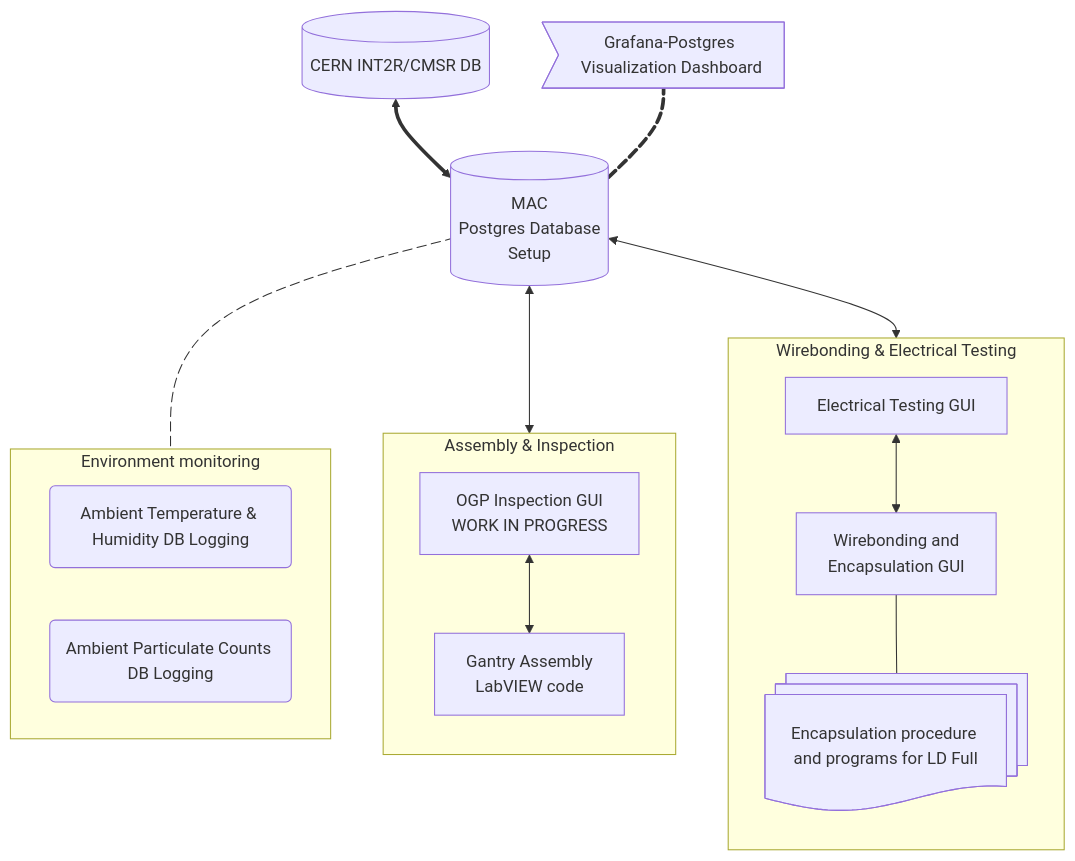
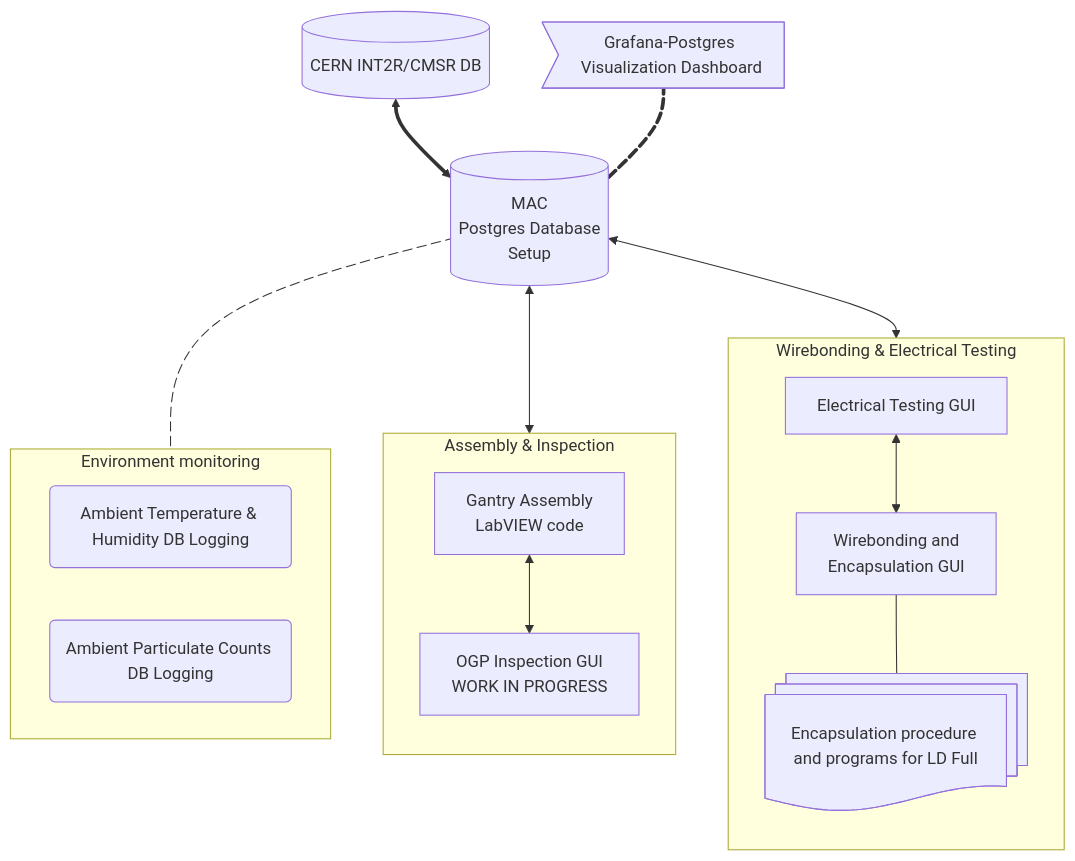
One commit to cmu-hgc-mac/.github changed the diagram in profile/README.md. Above: the diagram before and after it, drawn with Mermaid.

````diff
--- a/profile/README.md
+++ b/profile/README.md
@@ -5,42 +5,42 @@
 ```mermaid
 graph TD
     
     subgraph AI [Assembly & Inspection]
         direction TB
-        I[OGP Inspection GUI<br>WORK IN PROGRESS] <--> L[Gantry Assembly<br>LabVIEW code]
+        L[Gantry Assembly<br>LabVIEW code] <--> I[OGP Inspection GUI<br>WORK IN PROGRESS] 
     end
 
     subgraph WET [Wirebonding & Electrical Testing]
         direction TB
         T[Electrical Testing GUI] <--> W[Wirebonding and<br> Encapsulation GUI]
         EP@{ shape: docs, label: "Encapsulation procedure and programs for LD Full" }
         W --- EP
     end
 
     subgraph EM [Environment monitoring]
         direction LR
         H(Ambient Temperature & Humidity DB Logging) 
         P(Ambient Particulate Counts DB Logging) 
     end
 
     K[(CERN INT2R/CMSR DB)] <==> A[(MAC<br>Postgres Database<br>Setup)]
     G>Grafana-Postgres Visualization Dashboard] e1@ === A
     A e2@--- EM
     A <--> AI
     A <--> WET
     
     click A href "https://github.com/cmu-hgc-mac/HGC_DB_postgres/"
     click I href "https://github.com/cmu-hgc-mac/HGC_OGP_DB"
     click L href "https://github.com/cmu-hgc-mac/Gantry"
     click W href "https://github.com/cmu-hgc-mac/wirebonder_gui"
     click T href "https://gitlab.cern.ch/acrobert/hgcal-module-testing-gui/"
     click K href "https://gitlab.cern.ch/groups/hgcal-database/-/issues"
     click G href "https://github.com/cmu-hgc-mac/grafana_hgcdb_dashboard"
     click P href "https://github.com/cmu-hgc-mac/ambient-particulate-counts"
     click H href "https://github.com/cmu-hgc-mac/ambient-temp-humidity"
     click EP href "https://github.com/cmu-hgc-mac/encapsulation"
     e1@{ animate: true }
     e2@{ animate: true }
     
 
 ```
````
